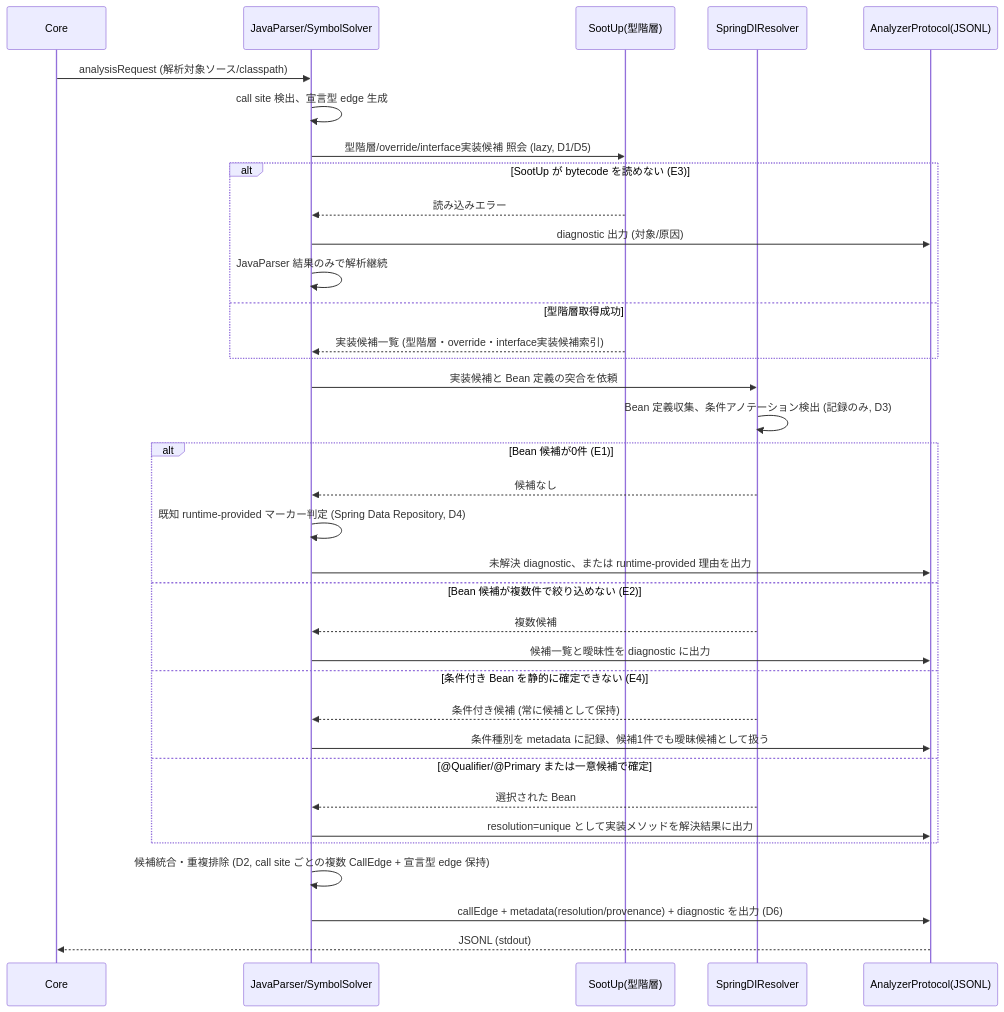
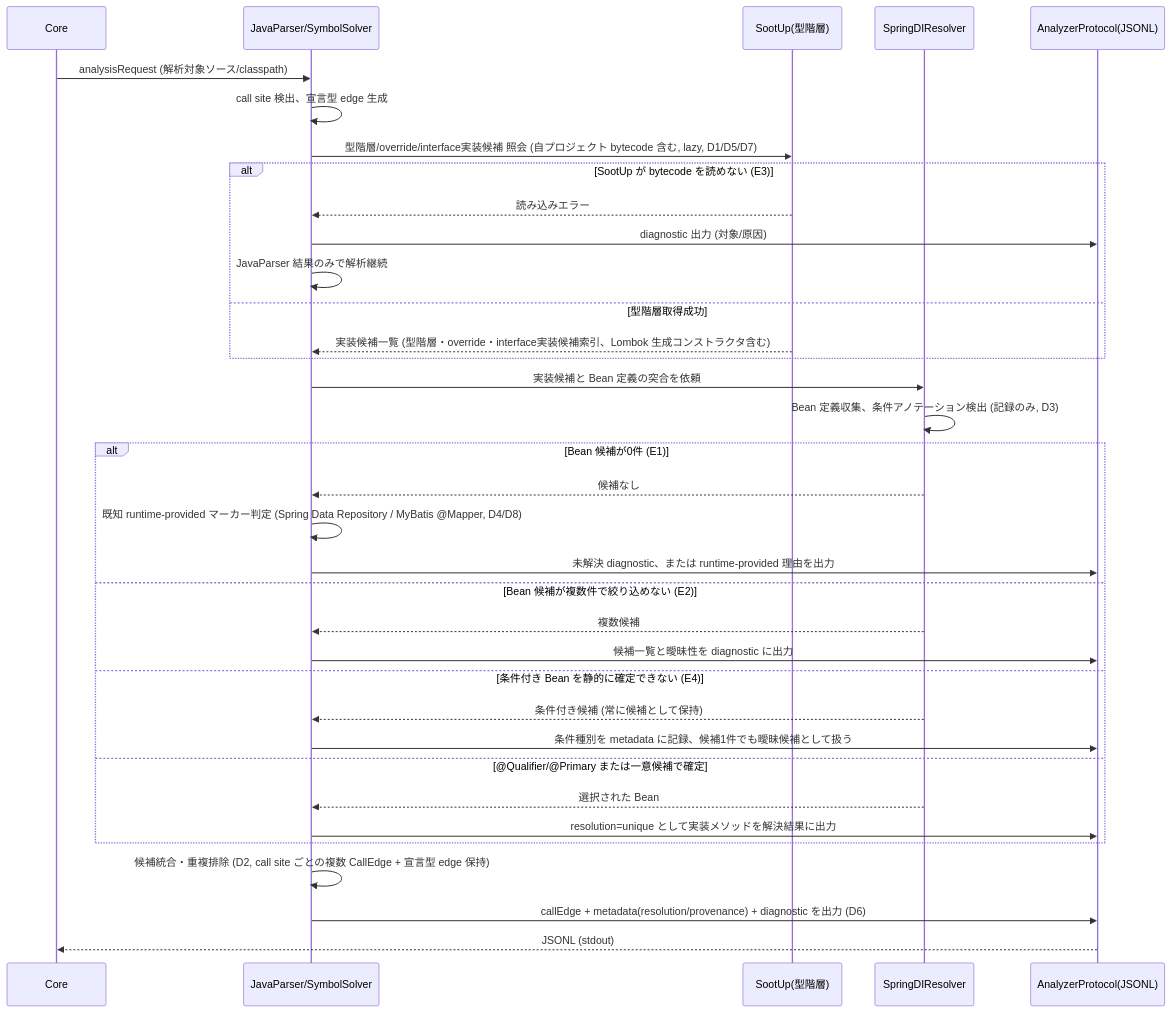
Before and after one commit to Fukuemon/depwalk: the second of 2 diagrams in specs/21-java-dispatch-spring-di/index.md, drawn with Mermaid. The commit also changed other lines of this file and 6 other files, not shown here.

````diff
--- a/specs/21-java-dispatch-spring-di/index.md
+++ b/specs/21-java-dispatch-spring-di/index.md
@@ -351,38 +379,38 @@
 ```mermaid
 sequenceDiagram
     participant Core as Core
     participant JP as JavaParser/SymbolSolver
     participant SootUp as SootUp(型階層)
     participant Spring as SpringDIResolver
     participant Proto as AnalyzerProtocol(JSONL)
 
     Core->>JP: analysisRequest (解析対象ソース/classpath)
     JP->>JP: call site 検出、宣言型 edge 生成
-    JP->>SootUp: 型階層/override/interface実装候補 照会 (lazy, D1/D5)
+    JP->>SootUp: 型階層/override/interface実装候補 照会 (自プロジェクト bytecode 含む, lazy, D1/D5/D7)
     alt SootUp が bytecode を読めない (E3)
         SootUp-->>JP: 読み込みエラー
         JP->>Proto: diagnostic 出力 (対象/原因)
         JP->>JP: JavaParser 結果のみで解析継続
     else 型階層取得成功
-        SootUp-->>JP: 実装候補一覧 (型階層・override・interface実装候補索引)
+        SootUp-->>JP: 実装候補一覧 (型階層・override・interface実装候補索引、Lombok 生成コンストラクタ含む)
     end
     JP->>Spring: 実装候補と Bean 定義の突合を依頼
     Spring->>Spring: Bean 定義収集、条件アノテーション検出 (記録のみ, D3)
     alt Bean 候補が0件 (E1)
         Spring-->>JP: 候補なし
-        JP->>JP: 既知 runtime-provided マーカー判定 (Spring Data Repository, D4)
+        JP->>JP: 既知 runtime-provided マーカー判定 (Spring Data Repository / MyBatis @Mapper, D4/D8)
         JP->>Proto: 未解決 diagnostic、または runtime-provided 理由を出力
     else Bean 候補が複数件で絞り込めない (E2)
         Spring-->>JP: 複数候補
         JP->>Proto: 候補一覧と曖昧性を diagnostic に出力
     else 条件付き Bean を静的に確定できない (E4)
         Spring-->>JP: 条件付き候補 (常に候補として保持)
         JP->>Proto: 条件種別を metadata に記録、候補1件でも曖昧候補として扱う
     else @Qualifier/@Primary または一意候補で確定
         Spring-->>JP: 選択された Bean
         JP->>Proto: resolution=unique として実装メソッドを解決結果に出力
     end
     JP->>JP: 候補統合・重複排除 (D2, call site ごとの複数 CallEdge + 宣言型 edge 保持)
     JP->>Proto: callEdge + metadata(resolution/provenance) + diagnostic を出力 (D6)
     Proto-->>Core: JSONL (stdout)
 ```
````
